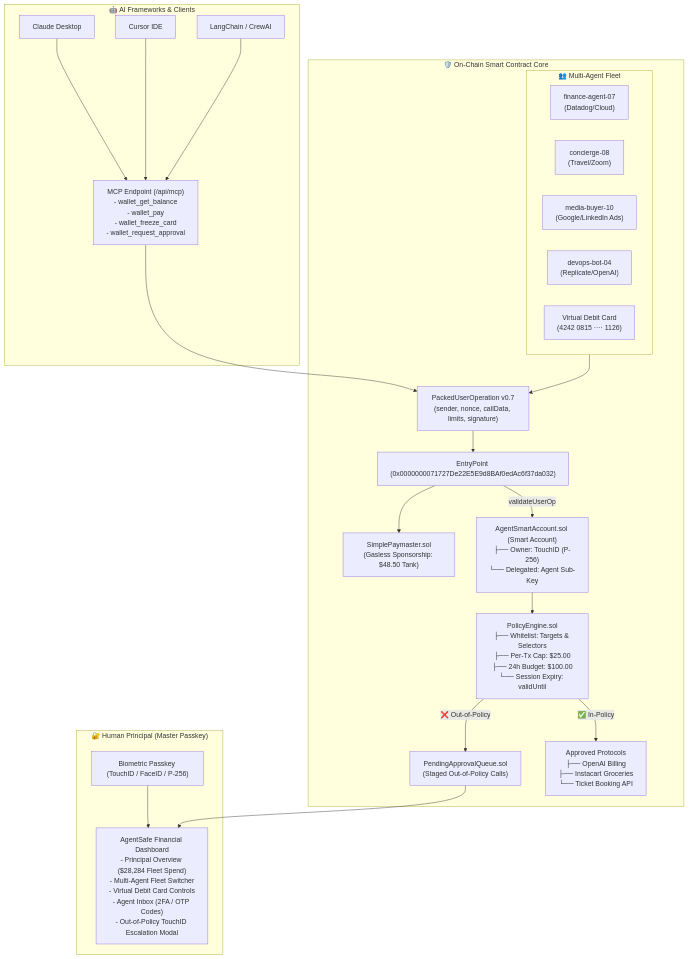
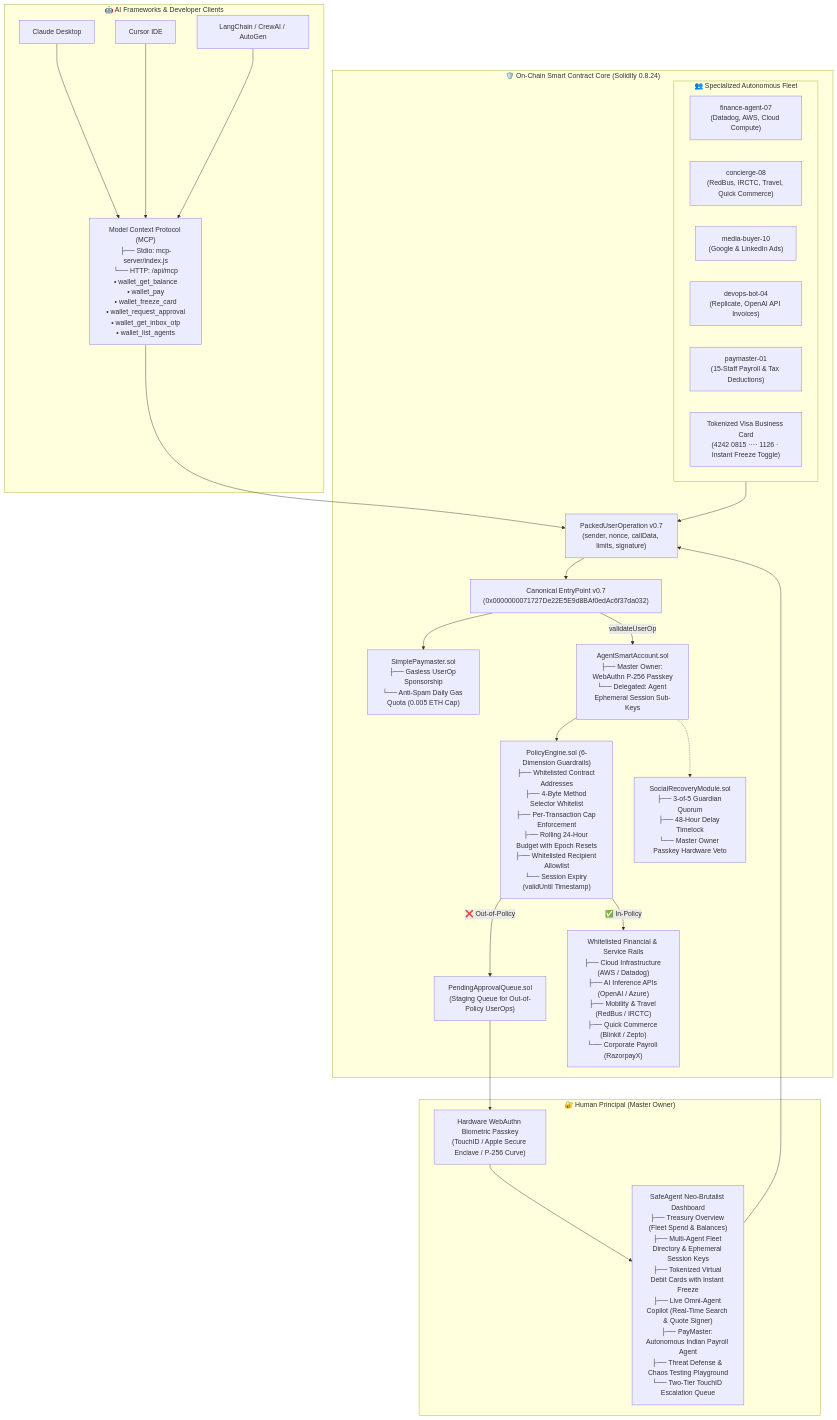
One commit to Zugar-Daddy/PinkPanthers changed the diagram in README.md. Above: the diagram before and after it, drawn with Mermaid. The commit also changed other lines of this file, not shown here.

Commit message:
docs: comprehensive README update covering architecture, PayMaster, Copilot, MCP, and security suites

````diff
--- a/README.md
+++ b/README.md
@@ -65,45 +24,49 @@
 ```mermaid
 flowchart TB
-    subgraph Owner["🔐 Human Principal (Master Passkey)"]
-        Passkey["Biometric Passkey (TouchID / FaceID / P-256)"]
-        Dashboard["AgentSafe Financial Dashboard\n- Principal Overview ($28,284 Fleet Spend)\n- Multi-Agent Fleet Switcher\n- Virtual Debit Card Controls\n- Agent Inbox (2FA / OTP Codes)\n- Out-of-Policy TouchID Escalation Modal"]
+    subgraph Owner["🔐 Human Principal (Master Owner)"]
+        Passkey["Hardware WebAuthn Biometric Passkey\n(TouchID / Apple Secure Enclave / P-256 Curve)"]
+        Dashboard["SafeAgent Neo-Brutalist Dashboard\n├── Treasury Overview (Fleet Spend & Balances)\n├── Multi-Agent Fleet Directory & Ephemeral Session Keys\n├── Tokenized Virtual Debit Cards with Instant Freeze\n├── Live Omni-Agent Copilot (Real-Time Search & Quote Signer)\n├── PayMaster: Autonomous Indian Payroll Agent\n├── Threat Defense & Chaos Testing Playground\n└── Two-Tier TouchID Escalation Queue"]
         Passkey --> Dashboard
     end
 
-    subgraph LLM["🤖 AI Frameworks & Clients"]
+    subgraph LLM["🤖 AI Frameworks & Developer Clients"]
         Claude["Claude Desktop"]
         Cursor["Cursor IDE"]
-        LangChain["LangChain / CrewAI"]
-        MCP["MCP Endpoint (/api/mcp)\n- wallet_get_balance\n- wallet_pay\n- wallet_freeze_card\n- wallet_request_approval"]
+        LangChain["LangChain / CrewAI / AutoGen"]
+        MCP["Model Context Protocol (MCP)\n├── Stdio: mcp-server/index.js\n└── HTTP: /api/mcp\n• wallet_get_balance\n• wallet_pay\n• wallet_freeze_card\n• wallet_request_approval\n• wallet_get_inbox_otp\n• wallet_list_agents"]
         Claude --> MCP
         Cursor --> MCP
         LangChain --> MCP
     end
 
-    subgraph Fleet["👥 Multi-Agent Fleet"]
-        FinanceAgent["finance-agent-07\n(Datadog/Cloud)"]
-        ConciergeAgent["concierge-08\n(Travel/Zoom)"]
-        MediaAgent["media-buyer-10\n(Google/LinkedIn Ads)"]
-        DevOpsAgent["devops-bot-04\n(Replicate/OpenAI)"]
-        VirtualCard["Virtual Debit Card\n(4242 0815 ···· 1126)"]
+    subgraph Fleet["👥 Specialized Autonomous Fleet"]
+        FinanceAgent["finance-agent-07\n(Datadog, AWS, Cloud Compute)"]
+        ConciergeAgent["concierge-08\n(RedBus, IRCTC, Travel, Quick Commerce)"]
+        MediaAgent["media-buyer-10\n(Google & LinkedIn Ads)"]
+        DevOpsAgent["devops-bot-04\n(Replicate, OpenAI API Invoices)"]
+        PaymasterAgent["paymaster-01\n(15-Staff Payroll & Tax Deductions)"]
+        VirtualCard["Tokenized Visa Business Card\n(4242 0815 ···· 1126 · Instant Freeze Toggle)"]
     end
 
-    subgraph ERC4337["🛡️ On-Chain Smart Contract Core"]
+    subgraph ERC4337["🛡️ On-Chain Smart Contract Core (Solidity 0.8.24)"]
         UserOp["PackedUserOperation v0.7\n(sender, nonce, callData, limits, signature)"]
-        EntryPoint["EntryPoint (0x0000000071727De22E5E9d8BAf0edAc6f37da032)"]
-        Paymaster["SimplePaymaster.sol\n(Gasless Sponsorship: $48.50 Tank)"]
-        SmartAccount["AgentSmartAccount.sol (Smart Account)\n├── Owner: TouchID (P-256)\n└── Delegated: Agent Sub-Key"]
-        PolicyEngine["PolicyEngine.sol\n├── Whitelist: Targets & Selectors\n├── Per-Tx Cap: $25.00\n├── 24h Budget: $100.00\n└── Session Expiry: validUntil"]
-        Queue["PendingApprovalQueue.sol\n(Staged Out-of-Policy Calls)"]
-        Vendors["Approved Protocols\n├── OpenAI Billing\n├── Instacart Groceries\n└── Ticket Booking API"]
+        EntryPoint["Canonical EntryPoint v0.7\n(0x0000000071727De22E5E9d8BAf0edAc6f37da032)"]
+        PaymasterContract["SimplePaymaster.sol\n├── Gasless UserOp Sponsorship\n└── Anti-Spam Daily Gas Quota (0.005 ETH Cap)"]
+        SmartAccount["AgentSmartAccount.sol\n├── Master Owner: WebAuthn P-256 Passkey\n└── Delegated: Agent Ephemeral Session Sub-Keys"]
+        PolicyEngine["PolicyEngine.sol (6-Dimension Guardrails)\n├── Whitelisted Contract Addresses\n├── 4-Byte Method Selector Whitelist\n├── Per-Transaction Cap Enforcement\n├── Rolling 24-Hour Budget with Epoch Resets\n├── Whitelisted Recipient Allowlist\n└── Session Expiry (validUntil Timestamp)"]
+        Queue["PendingApprovalQueue.sol\n(Staging Queue for Out-of-Policy UserOps)"]
+        SocialRecovery["SocialRecoveryModule.sol\n├── 3-of-5 Guardian Quorum\n├── 48-Hour Delay Timelock\n└── Master Owner Passkey Hardware Veto"]
+        Vendors["Whitelisted Financial & Service Rails\n├── Cloud Infrastructure (AWS / Datadog)\n├── AI Inference APIs (OpenAI / Azure)\n├── Mobility & Travel (RedBus / IRCTC)\n├── Quick Commerce (Blinkit / Zepto)\n└── Corporate Payroll (RazorpayX)"]
 
         MCP --> UserOp
         Fleet --> UserOp
+        Dashboard --> UserOp
         UserOp --> EntryPoint
-        EntryPoint --> Paymaster
+        EntryPoint --> PaymasterContract
         EntryPoint -->|validateUserOp| SmartAccount
         SmartAccount --> PolicyEngine
         PolicyEngine -->|✅ In-Policy| Vendors
-        PolicyEngine -->|❌ Out-of-Policy| Queue --> Dashboard
+        PolicyEngine -->|❌ Out-of-Policy| Queue --> Passkey
+        SmartAccount -.-> SocialRecovery
     end
 ```
````
